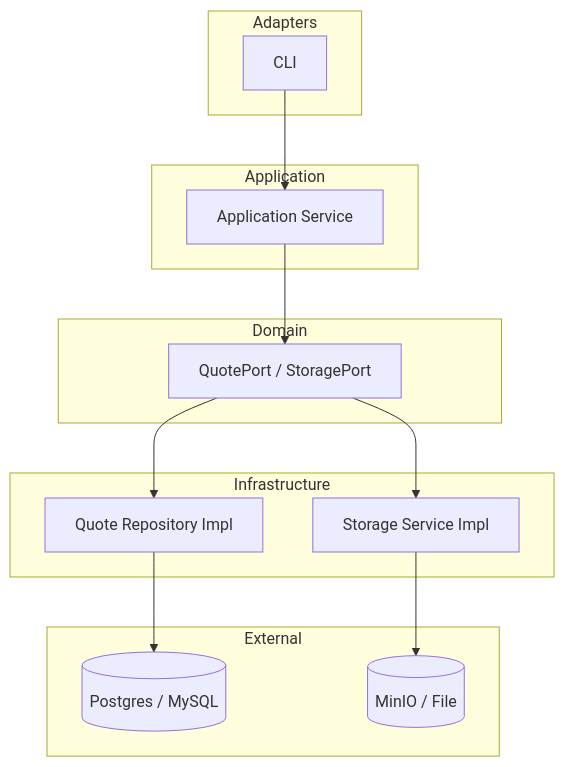
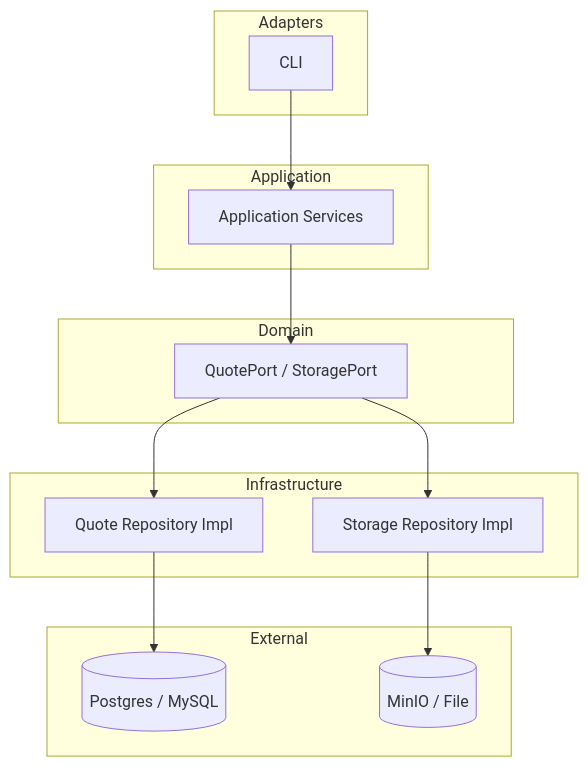
The diagram in README.md (azvs-top/quote), drawn with Mermaid before and after one commit. The commit also changed other lines of this file and 4 other files, not shown here.

````diff
--- a/README.md
+++ b/README.md
@@ -15,32 +24,32 @@
 ```mermaid
 flowchart TB
 
 subgraph Adapters
 CLI[CLI]
 end
 
 subgraph Application
-APP[Application Service]
+APP[Application Services]
 end
 
 subgraph Domain
 PORTS[QuotePort / StoragePort]
 end
 
 subgraph Infrastructure
 QINFRA[Quote Repository Impl]
-SINFRA[Storage Service Impl]
+SINFRA[Storage Repository Impl]
 end
 
 subgraph External
 DB[(Postgres / MySQL)]
 OBJ[(MinIO / File)]
 end
 
 CLI --> APP
 APP --> PORTS
 PORTS --> QINFRA
 PORTS --> SINFRA
 QINFRA --> DB
 SINFRA --> OBJ
 ```
````
